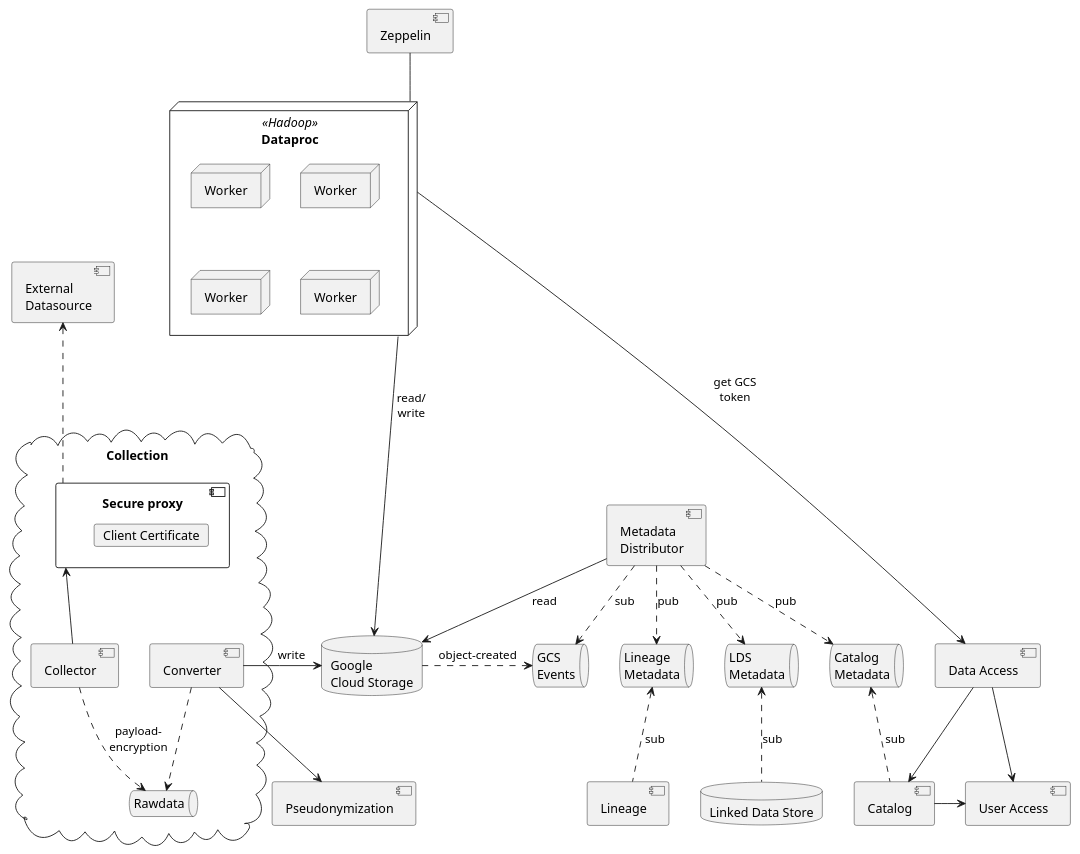
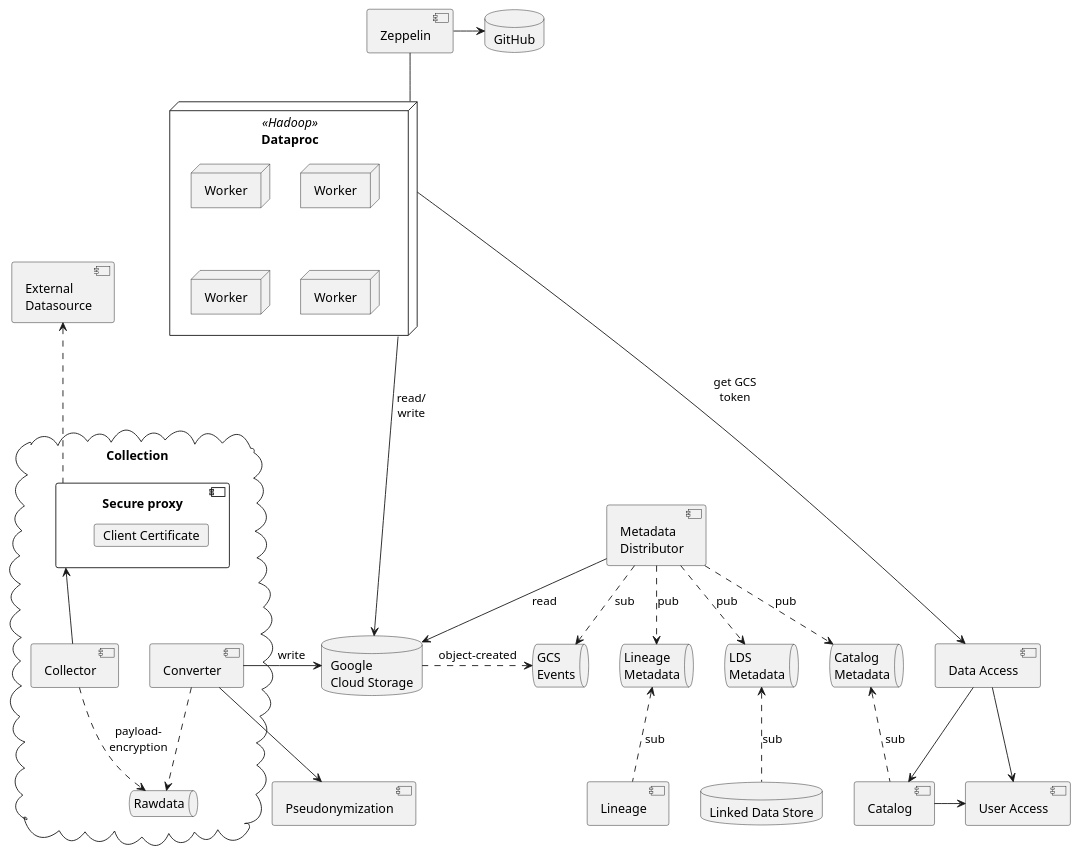
Before and after one commit to statisticsnorway/dapla-project: the diagram in doc/components.puml, drawn with PlantUML.

Commit message:
Added GitHub to components diagram

```diff
--- a/doc/components.puml
+++ b/doc/components.puml
@@ -1,63 +1,66 @@
 @startuml
 
 component "User Access" as user_access
 component "Catalog" as catalog
 component "Pseudonymization" as pseudo
 component "Lineage" as lineage
 component "Data Access" as data_access
 database "Linked Data Store" as lds {
 }
 database "Google\nCloud Storage" as gcs {
 }
 node "Dataproc" <<Hadoop>> as dataproc {
   node "Worker" as worker1
   node "Worker" as worker2
   node "Worker" as worker3
   node "Worker" as worker4
 }
 component "Zeppelin" as zeppelin
 catalog -> user_access
 data_access --> catalog
 data_access --> user_access
 
+database "GitHub" as github
+
 zeppelin -- dataproc
+zeppelin -> github
 dataproc ----> gcs : \n\nread/\nwrite
 dataproc ----> data_access : get GCS\ntoken
 
 component "External\nDatasource" as source
 component "Metadata\nDistributor" as distributor
 queue "GCS\nEvents" as gcsevents {
 }
 queue "Catalog\nMetadata" as catalogQ {
 }
 queue "LDS\nMetadata" as ldsQ {
 }
 queue "Lineage\nMetadata" as lineageQ {
 }
 cloud Collection {
     component "Secure proxy" as sec_proxy {
         card "Client Certificate" as client_cert
     }
     component "Collector" as collector
     queue "Rawdata" as rawdata {
     }
     component "Converter" as converter
     collector -u-> sec_proxy
     collector ..> rawdata : payload-\nencryption
     converter ..> rawdata
     converter -> gcs : "      write"
     converter --> pseudo
 }
 
 distributor --> gcs : read
 distributor ..> lineageQ : pub
 distributor ..> catalogQ : pub
 distributor ..> ldsQ : pub
 gcs .> gcsevents : object-created
 distributor .> gcsevents : sub
 lds .u.> ldsQ : sub
 catalog .u.> catalogQ : sub
 lineage .u.> lineageQ : sub
 sec_proxy .u.> source
 
 @enduml
```
